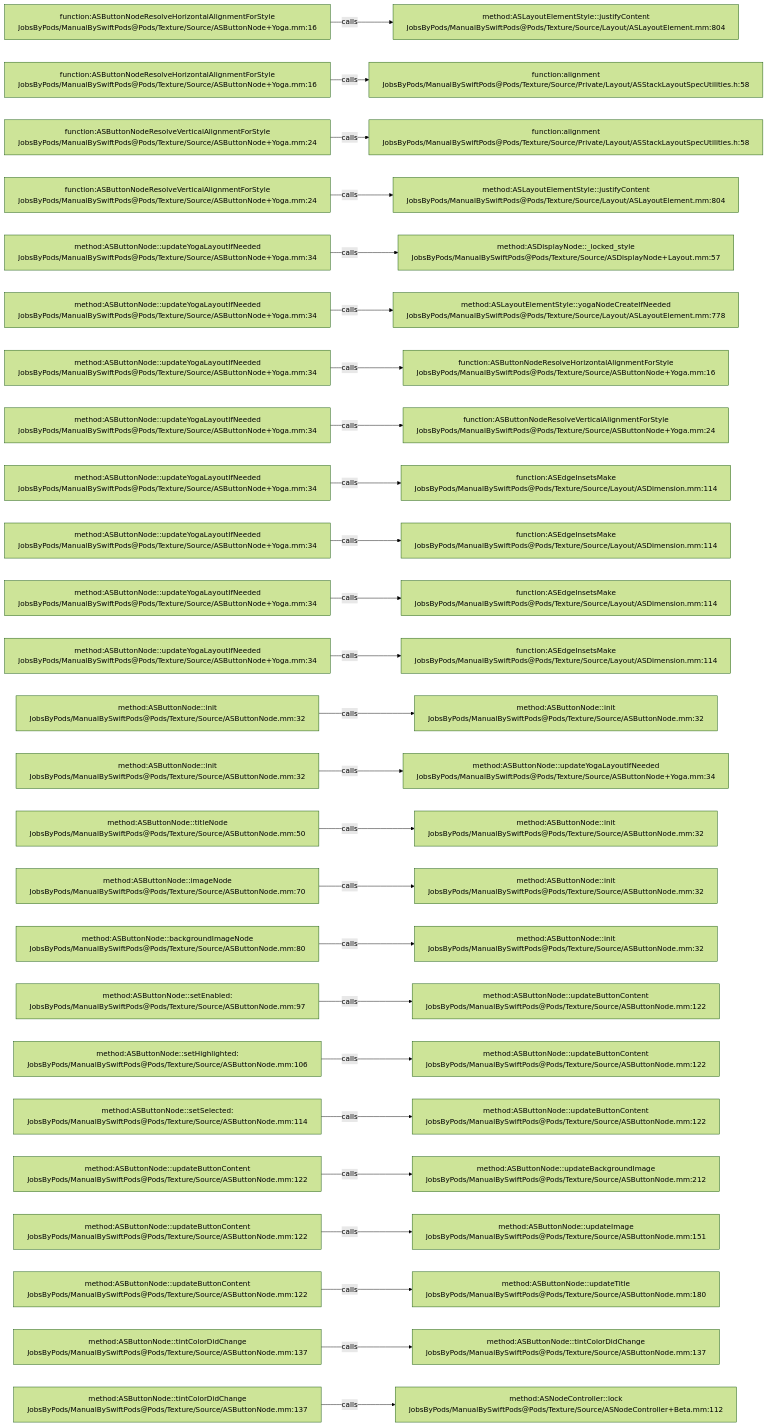
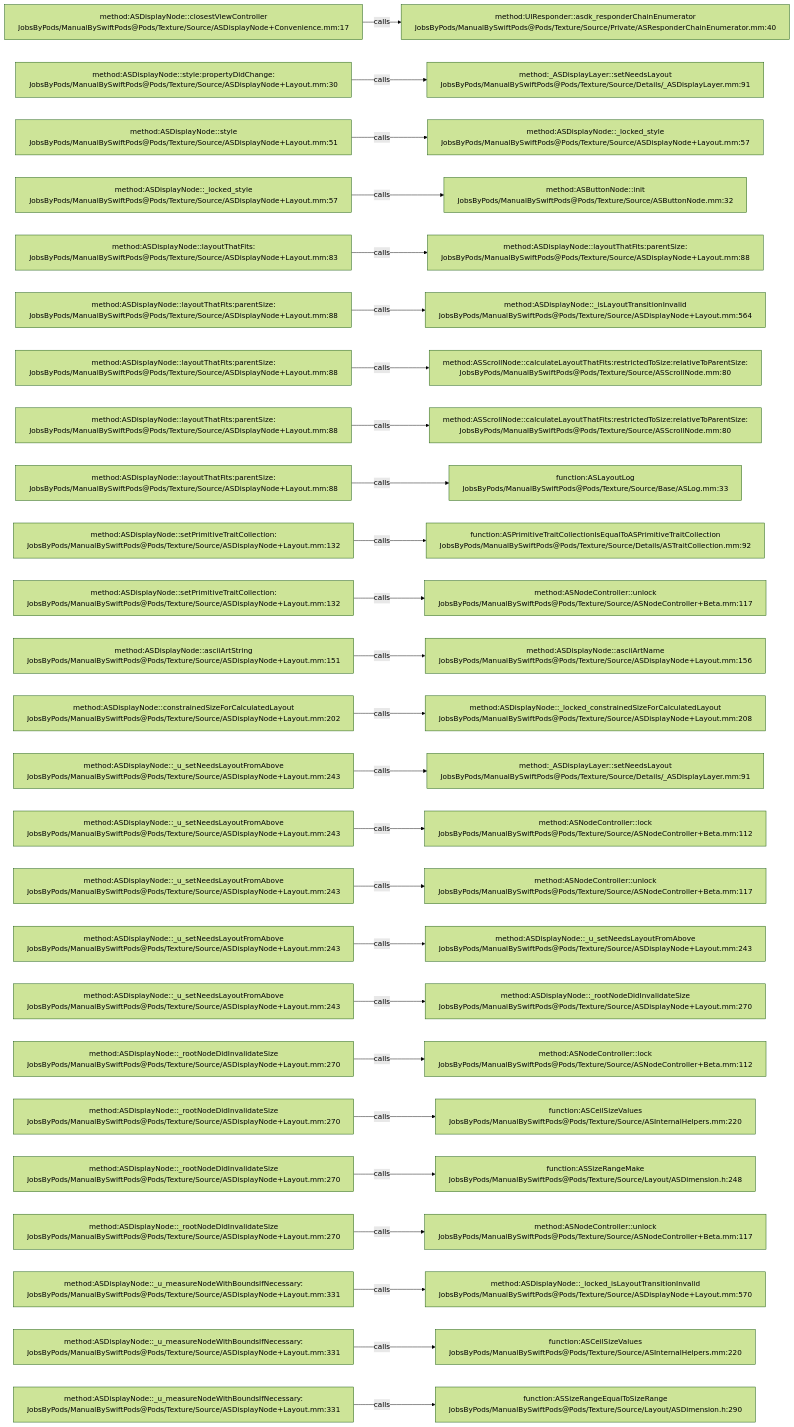
Before and after one commit to JobsKits/JobsSwiftBaseConfigDemo: the diagram in .codegraph/codegraph.md/graphs/calls-021.md, drawn with Mermaid (forest theme). The commit also changed 832 other files, not shown here.

````diff
--- a/.codegraph/codegraph.md/graphs/calls-021.md
+++ b/.codegraph/codegraph.md/graphs/calls-021.md
@@ -13,78 +13,78 @@
 ```mermaid
 flowchart LR
-  S1["function:ASButtonNodeResolveHorizontalAlignmentForStyle<br/>JobsByPods/ManualBySwiftPods@Pods/Texture/Source/ASButtonNode+Yoga.mm:16"]
-  T1["method:ASLayoutElementStyle::justifyContent<br/>JobsByPods/ManualBySwiftPods@Pods/Texture/Source/Layout/ASLayoutElement.mm:804"]
+  S1["method:ASDisplayNode::closestViewController<br/>JobsByPods/ManualBySwiftPods@Pods/Texture/Source/ASDisplayNode+Convenience.mm:17"]
+  T1["method:UIResponder::asdk_responderChainEnumerator<br/>JobsByPods/ManualBySwiftPods@Pods/Texture/Source/Private/ASResponderChainEnumerator.mm:40"]
   S1 -->|calls| T1
-  S2["function:ASButtonNodeResolveHorizontalAlignmentForStyle<br/>JobsByPods/ManualBySwiftPods@Pods/Texture/Source/ASButtonNode+Yoga.mm:16"]
-  T2["function:alignment<br/>JobsByPods/ManualBySwiftPods@Pods/Texture/Source/Private/Layout/ASStackLayoutSpecUtilities.h:58"]
+  S2["method:ASDisplayNode::style:propertyDidChange:<br/>JobsByPods/ManualBySwiftPods@Pods/Texture/Source/ASDisplayNode+Layout.mm:30"]
+  T2["method:_ASDisplayLayer::setNeedsLayout<br/>JobsByPods/ManualBySwiftPods@Pods/Texture/Source/Details/_ASDisplayLayer.mm:91"]
   S2 -->|calls| T2
-  S3["function:ASButtonNodeResolveVerticalAlignmentForStyle<br/>JobsByPods/ManualBySwiftPods@Pods/Texture/Source/ASButtonNode+Yoga.mm:24"]
-  T3["function:alignment<br/>JobsByPods/ManualBySwiftPods@Pods/Texture/Source/Private/Layout/ASStackLayoutSpecUtilities.h:58"]
+  S3["method:ASDisplayNode::style<br/>JobsByPods/ManualBySwiftPods@Pods/Texture/Source/ASDisplayNode+Layout.mm:51"]
+  T3["method:ASDisplayNode::_locked_style<br/>JobsByPods/ManualBySwiftPods@Pods/Texture/Source/ASDisplayNode+Layout.mm:57"]
   S3 -->|calls| T3
-  S4["function:ASButtonNodeResolveVerticalAlignmentForStyle<br/>JobsByPods/ManualBySwiftPods@Pods/Texture/Source/ASButtonNode+Yoga.mm:24"]
-  T4["method:ASLayoutElementStyle::justifyContent<br/>JobsByPods/ManualBySwiftPods@Pods/Texture/Source/Layout/ASLayoutElement.mm:804"]
+  S4["method:ASDisplayNode::_locked_style<br/>JobsByPods/ManualBySwiftPods@Pods/Texture/Source/ASDisplayNode+Layout.mm:57"]
+  T4["method:ASButtonNode::init<br/>JobsByPods/ManualBySwiftPods@Pods/Texture/Source/ASButtonNode.mm:32"]
   S4 -->|calls| T4
-  S5["method:ASButtonNode::updateYogaLayoutIfNeeded<br/>JobsByPods/ManualBySwiftPods@Pods/Texture/Source/ASButtonNode+Yoga.mm:34"]
-  T5["method:ASDisplayNode::_locked_style<br/>JobsByPods/ManualBySwiftPods@Pods/Texture/Source/ASDisplayNode+Layout.mm:57"]
+  S5["method:ASDisplayNode::layoutThatFits:<br/>JobsByPods/ManualBySwiftPods@Pods/Texture/Source/ASDisplayNode+Layout.mm:83"]
+  T5["method:ASDisplayNode::layoutThatFits:parentSize:<br/>JobsByPods/ManualBySwiftPods@Pods/Texture/Source/ASDisplayNode+Layout.mm:88"]
   S5 -->|calls| T5
-  S6["method:ASButtonNode::updateYogaLayoutIfNeeded<br/>JobsByPods/ManualBySwiftPods@Pods/Texture/Source/ASButtonNode+Yoga.mm:34"]
-  T6["method:ASLayoutElementStyle::yogaNodeCreateIfNeeded<br/>JobsByPods/ManualBySwiftPods@Pods/Texture/Source/Layout/ASLayoutElement.mm:778"]
+  S6["method:ASDisplayNode::layoutThatFits:parentSize:<br/>JobsByPods/ManualBySwiftPods@Pods/Texture/Source/ASDisplayNode+Layout.mm:88"]
+  T6["method:ASDisplayNode::_isLayoutTransitionInvalid<br/>JobsByPods/ManualBySwiftPods@Pods/Texture/Source/ASDisplayNode+Layout.mm:564"]
   S6 -->|calls| T6
-  S7["method:ASButtonNode::updateYogaLayoutIfNeeded<br/>JobsByPods/ManualBySwiftPods@Pods/Texture/Source/ASButtonNode+Yoga.mm:34"]
-  T7["function:ASButtonNodeResolveHorizontalAlignmentForStyle<br/>JobsByPods/ManualBySwiftPods@Pods/Texture/Source/ASButtonNode+Yoga.mm:16"]
+  S7["method:ASDisplayNode::layoutThatFits:parentSize:<br/>JobsByPods/ManualBySwiftPods@Pods/Texture/Source/ASDisplayNode+Layout.mm:88"]
+  T7["method:ASScrollNode::calculateLayoutThatFits:restrictedToSize:relativeToParentSize:<br/>JobsByPods/ManualBySwiftPods@Pods/Texture/Source/ASScrollNode.mm:80"]
   S7 -->|calls| T7
-  S8["method:ASButtonNode::updateYogaLayoutIfNeeded<br/>JobsByPods/ManualBySwiftPods@Pods/Texture/Source/ASButtonNode+Yoga.mm:34"]
-  T8["function:ASButtonNodeResolveVerticalAlignmentForStyle<br/>JobsByPods/ManualBySwiftPods@Pods/Texture/Source/ASButtonNode+Yoga.mm:24"]
+  S8["method:ASDisplayNode::layoutThatFits:parentSize:<br/>JobsByPods/ManualBySwiftPods@Pods/Texture/Source/ASDisplayNode+Layout.mm:88"]
+  T8["method:ASScrollNode::calculateLayoutThatFits:restrictedToSize:relativeToParentSize:<br/>JobsByPods/ManualBySwiftPods@Pods/Texture/Source/ASScrollNode.mm:80"]
   S8 -->|calls| T8
-  S9["method:ASButtonNode::updateYogaLayoutIfNeeded<br/>JobsByPods/ManualBySwiftPods@Pods/Texture/Source/ASButtonNode+Yoga.mm:34"]
-  T9["function:ASEdgeInsetsMake<br/>JobsByPods/ManualBySwiftPods@Pods/Texture/Source/Layout/ASDimension.mm:114"]
+  S9["method:ASDisplayNode::layoutThatFits:parentSize:<br/>JobsByPods/ManualBySwiftPods@Pods/Texture/Source/ASDisplayNode+Layout.mm:88"]
+  T9["function:ASLayoutLog<br/>JobsByPods/ManualBySwiftPods@Pods/Texture/Source/Base/ASLog.mm:33"]
   S9 -->|calls| T9
-  S10["method:ASButtonNode::updateYogaLayoutIfNeeded<br/>JobsByPods/ManualBySwiftPods@Pods/Texture/Source/ASButtonNode+Yoga.mm:34"]
-  T10["function:ASEdgeInsetsMake<br/>JobsByPods/ManualBySwiftPods@Pods/Texture/Source/Layout/ASDimension.mm:114"]
+  S10["method:ASDisplayNode::setPrimitiveTraitCollection:<br/>JobsByPods/ManualBySwiftPods@Pods/Texture/Source/ASDisplayNode+Layout.mm:132"]
+  T10["function:ASPrimitiveTraitCollectionIsEqualToASPrimitiveTraitCollection<br/>JobsByPods/ManualBySwiftPods@Pods/Texture/Source/Details/ASTraitCollection.mm:92"]
   S10 -->|calls| T10
-  S11["method:ASButtonNode::updateYogaLayoutIfNeeded<br/>JobsByPods/ManualBySwiftPods@Pods/Texture/Source/ASButtonNode+Yoga.mm:34"]
-  T11["function:ASEdgeInsetsMake<br/>JobsByPods/ManualBySwiftPods@Pods/Texture/Source/Layout/ASDimension.mm:114"]
+  S11["method:ASDisplayNode::setPrimitiveTraitCollection:<br/>JobsByPods/ManualBySwiftPods@Pods/Texture/Source/ASDisplayNode+Layout.mm:132"]
+  T11["method:ASNodeController::unlock<br/>JobsByPods/ManualBySwiftPods@Pods/Texture/Source/ASNodeController+Beta.mm:117"]
   S11 -->|calls| T11
-  S12["method:ASButtonNode::updateYogaLayoutIfNeeded<br/>JobsByPods/ManualBySwiftPods@Pods/Texture/Source/ASButtonNode+Yoga.mm:34"]
-  T12["function:ASEdgeInsetsMake<br/>JobsByPods/ManualBySwiftPods@Pods/Texture/Source/Layout/ASDimension.mm:114"]
+  S12["method:ASDisplayNode::asciiArtString<br/>JobsByPods/ManualBySwiftPods@Pods/Texture/Source/ASDisplayNode+Layout.mm:151"]
+  T12["method:ASDisplayNode::asciiArtName<br/>JobsByPods/ManualBySwiftPods@Pods/Texture/Source/ASDisplayNode+Layout.mm:156"]
   S12 -->|calls| T12
-  S13["method:ASButtonNode::init<br/>JobsByPods/ManualBySwiftPods@Pods/Texture/Source/ASButtonNode.mm:32"]
-  T13["method:ASButtonNode::init<br/>JobsByPods/ManualBySwiftPods@Pods/Texture/Source/ASButtonNode.mm:32"]
+  S13["method:ASDisplayNode::constrainedSizeForCalculatedLayout<br/>JobsByPods/ManualBySwiftPods@Pods/Texture/Source/ASDisplayNode+Layout.mm:202"]
+  T13["method:ASDisplayNode::_locked_constrainedSizeForCalculatedLayout<br/>JobsByPods/ManualBySwiftPods@Pods/Texture/Source/ASDisplayNode+Layout.mm:208"]
   S13 -->|calls| T13
-  S14["method:ASButtonNode::init<br/>JobsByPods/ManualBySwiftPods@Pods/Texture/Source/ASButtonNode.mm:32"]
-  T14["method:ASButtonNode::updateYogaLayoutIfNeeded<br/>JobsByPods/ManualBySwiftPods@Pods/Texture/Source/ASButtonNode+Yoga.mm:34"]
+  S14["method:ASDisplayNode::_u_setNeedsLayoutFromAbove<br/>JobsByPods/ManualBySwiftPods@Pods/Texture/Source/ASDisplayNode+Layout.mm:243"]
+  T14["method:_ASDisplayLayer::setNeedsLayout<br/>JobsByPods/ManualBySwiftPods@Pods/Texture/Source/Details/_ASDisplayLayer.mm:91"]
   S14 -->|calls| T14
-  S15["method:ASButtonNode::titleNode<br/>JobsByPods/ManualBySwiftPods@Pods/Texture/Source/ASButtonNode.mm:50"]
-  T15["method:ASButtonNode::init<br/>JobsByPods/ManualBySwiftPods@Pods/Texture/Source/ASButtonNode.mm:32"]
+  S15["method:ASDisplayNode::_u_setNeedsLayoutFromAbove<br/>JobsByPods/ManualBySwiftPods@Pods/Texture/Source/ASDisplayNode+Layout.mm:243"]
+  T15["method:ASNodeController::lock<br/>JobsByPods/ManualBySwiftPods@Pods/Texture/Source/ASNodeController+Beta.mm:112"]
   S15 -->|calls| T15
-  S16["method:ASButtonNode::imageNode<br/>JobsByPods/ManualBySwiftPods@Pods/Texture/Source/ASButtonNode.mm:70"]
-  T16["method:ASButtonNode::init<br/>JobsByPods/ManualBySwiftPods@Pods/Texture/Source/ASButtonNode.mm:32"]
+  S16["method:ASDisplayNode::_u_setNeedsLayoutFromAbove<br/>JobsByPods/ManualBySwiftPods@Pods/Texture/Source/ASDisplayNode+Layout.mm:243"]
+  T16["method:ASNodeController::unlock<br/>JobsByPods/ManualBySwiftPods@Pods/Texture/Source/ASNodeController+Beta.mm:117"]
   S16 -->|calls| T16
-  S17["method:ASButtonNode::backgroundImageNode<br/>JobsByPods/ManualBySwiftPods@Pods/Texture/Source/ASButtonNode.mm:80"]
-  T17["method:ASButtonNode::init<br/>JobsByPods/ManualBySwiftPods@Pods/Texture/Source/ASButtonNode.mm:32"]
+  S17["method:ASDisplayNode::_u_setNeedsLayoutFromAbove<br/>JobsByPods/ManualBySwiftPods@Pods/Texture/Source/ASDisplayNode+Layout.mm:243"]
+  T17["method:ASDisplayNode::_u_setNeedsLayoutFromAbove<br/>JobsByPods/ManualBySwiftPods@Pods/Texture/Source/ASDisplayNode+Layout.mm:243"]
   S17 -->|calls| T17
-  S18["method:ASButtonNode::setEnabled:<br/>JobsByPods/ManualBySwiftPods@Pods/Texture/Source/ASButtonNode.mm:97"]
-  T18["method:ASButtonNode::updateButtonContent<br/>JobsByPods/ManualBySwiftPods@Pods/Texture/Source/ASButtonNode.mm:122"]
+  S18["method:ASDisplayNode::_u_setNeedsLayoutFromAbove<br/>JobsByPods/ManualBySwiftPods@Pods/Texture/Source/ASDisplayNode+Layout.mm:243"]
+  T18["method:ASDisplayNode::_rootNodeDidInvalidateSize<br/>JobsByPods/ManualBySwiftPods@Pods/Texture/Source/ASDisplayNode+Layout.mm:270"]
   S18 -->|calls| T18
-  S19["method:ASButtonNode::setHighlighted:<br/>JobsByPods/ManualBySwiftPods@Pods/Texture/Source/ASButtonNode.mm:106"]
-  T19["method:ASButtonNode::updateButtonContent<br/>JobsByPods/ManualBySwiftPods@Pods/Texture/Source/ASButtonNode.mm:122"]
+  S19["method:ASDisplayNode::_rootNodeDidInvalidateSize<br/>JobsByPods/ManualBySwiftPods@Pods/Texture/Source/ASDisplayNode+Layout.mm:270"]
+  T19["method:ASNodeController::lock<br/>JobsByPods/ManualBySwiftPods@Pods/Texture/Source/ASNodeController+Beta.mm:112"]
   S19 -->|calls| T19
-  S20["method:ASButtonNode::setSelected:<br/>JobsByPods/ManualBySwiftPods@Pods/Texture/Source/ASButtonNode.mm:114"]
-  T20["method:ASButtonNode::updateButtonContent<br/>JobsByPods/ManualBySwiftPods@Pods/Texture/Source/ASButtonNode.mm:122"]
+  S20["method:ASDisplayNode::_rootNodeDidInvalidateSize<br/>JobsByPods/ManualBySwiftPods@Pods/Texture/Source/ASDisplayNode+Layout.mm:270"]
+  T20["function:ASCeilSizeValues<br/>JobsByPods/ManualBySwiftPods@Pods/Texture/Source/ASInternalHelpers.mm:220"]
   S20 -->|calls| T20
-  S21["method:ASButtonNode::updateButtonContent<br/>JobsByPods/ManualBySwiftPods@Pods/Texture/Source/ASButtonNode.mm:122"]
-  T21["method:ASButtonNode::updateBackgroundImage<br/>JobsByPods/ManualBySwiftPods@Pods/Texture/Source/ASButtonNode.mm:212"]
+  S21["method:ASDisplayNode::_rootNodeDidInvalidateSize<br/>JobsByPods/ManualBySwiftPods@Pods/Texture/Source/ASDisplayNode+Layout.mm:270"]
+  T21["function:ASSizeRangeMake<br/>JobsByPods/ManualBySwiftPods@Pods/Texture/Source/Layout/ASDimension.h:248"]
   S21 -->|calls| T21
-  S22["method:ASButtonNode::updateButtonContent<br/>JobsByPods/ManualBySwiftPods@Pods/Texture/Source/ASButtonNode.mm:122"]
-  T22["method:ASButtonNode::updateImage<br/>JobsByPods/ManualBySwiftPods@Pods/Texture/Source/ASButtonNode.mm:151"]
+  S22["method:ASDisplayNode::_rootNodeDidInvalidateSize<br/>JobsByPods/ManualBySwiftPods@Pods/Texture/Source/ASDisplayNode+Layout.mm:270"]
+  T22["method:ASNodeController::unlock<br/>JobsByPods/ManualBySwiftPods@Pods/Texture/Source/ASNodeController+Beta.mm:117"]
   S22 -->|calls| T22
-  S23["method:ASButtonNode::updateButtonContent<br/>JobsByPods/ManualBySwiftPods@Pods/Texture/Source/ASButtonNode.mm:122"]
-  T23["method:ASButtonNode::updateTitle<br/>JobsByPods/ManualBySwiftPods@Pods/Texture/Source/ASButtonNode.mm:180"]
+  S23["method:ASDisplayNode::_u_measureNodeWithBoundsIfNecessary:<br/>JobsByPods/ManualBySwiftPods@Pods/Texture/Source/ASDisplayNode+Layout.mm:331"]
+  T23["method:ASDisplayNode::_locked_isLayoutTransitionInvalid<br/>JobsByPods/ManualBySwiftPods@Pods/Texture/Source/ASDisplayNode+Layout.mm:570"]
   S23 -->|calls| T23
-  S24["method:ASButtonNode::tintColorDidChange<br/>JobsByPods/ManualBySwiftPods@Pods/Texture/Source/ASButtonNode.mm:137"]
-  T24["method:ASButtonNode::tintColorDidChange<br/>JobsByPods/ManualBySwiftPods@Pods/Texture/Source/ASButtonNode.mm:137"]
+  S24["method:ASDisplayNode::_u_measureNodeWithBoundsIfNecessary:<br/>JobsByPods/ManualBySwiftPods@Pods/Texture/Source/ASDisplayNode+Layout.mm:331"]
+  T24["function:ASCeilSizeValues<br/>JobsByPods/ManualBySwiftPods@Pods/Texture/Source/ASInternalHelpers.mm:220"]
   S24 -->|calls| T24
-  S25["method:ASButtonNode::tintColorDidChange<br/>JobsByPods/ManualBySwiftPods@Pods/Texture/Source/ASButtonNode.mm:137"]
-  T25["method:ASNodeController::lock<br/>JobsByPods/ManualBySwiftPods@Pods/Texture/Source/ASNodeController+Beta.mm:112"]
+  S25["method:ASDisplayNode::_u_measureNodeWithBoundsIfNecessary:<br/>JobsByPods/ManualBySwiftPods@Pods/Texture/Source/ASDisplayNode+Layout.mm:331"]
+  T25["function:ASSizeRangeEqualToSizeRange<br/>JobsByPods/ManualBySwiftPods@Pods/Texture/Source/Layout/ASDimension.h:290"]
   S25 -->|calls| T25
 ```
````
